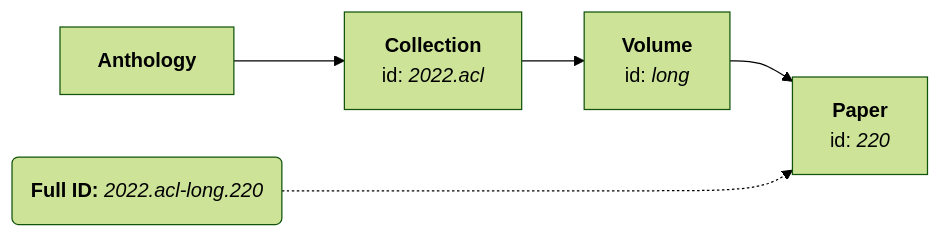
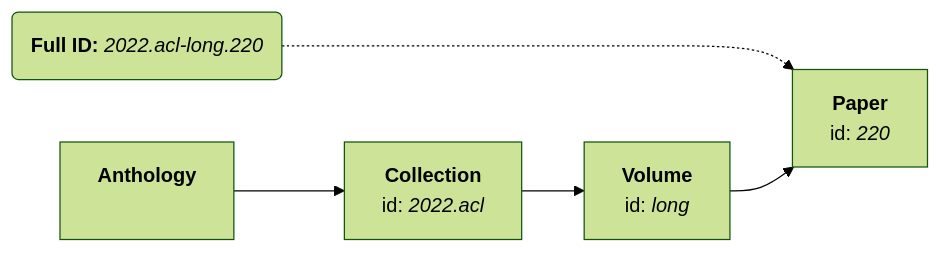
One commit to acl-org/acl-anthology changed the diagram in docs/guide/access-papers.md. Above: the diagram before and after it, drawn with Mermaid (forest theme).

Commit message:
Tweak diagram

````diff
--- a/docs/guide/access-papers.md
+++ b/docs/guide/access-papers.md
@@ -13,16 +13,17 @@
 ```mermaid
 flowchart LR
-    anth["<b>Anthology</b>"]
+    anthid("<b>Full ID:</b> <i>2022.acl-long.220</i>")
+    anthid -...-> paper
+
+    anth["<b>Anthology</b>
+    &nbsp;"]
     anth --> coll
     coll["<b>Collection</b>
     id: <i>2022.acl</i>"]
     vol1["<b>Volume</b>
     id: <i>long</i>"]
     coll --> vol1
     paper["<b>Paper</b>
     id: <i>220</i>"]
     vol1 --> paper
-
-    anthid("<b>Full ID:</b> <i>2022.acl-long.220</i>")
-    anthid -...-> paper
 ```
````
